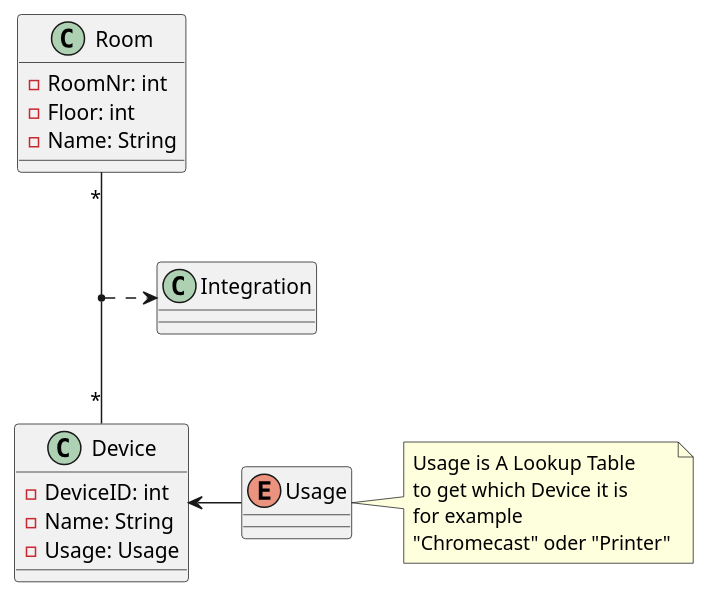
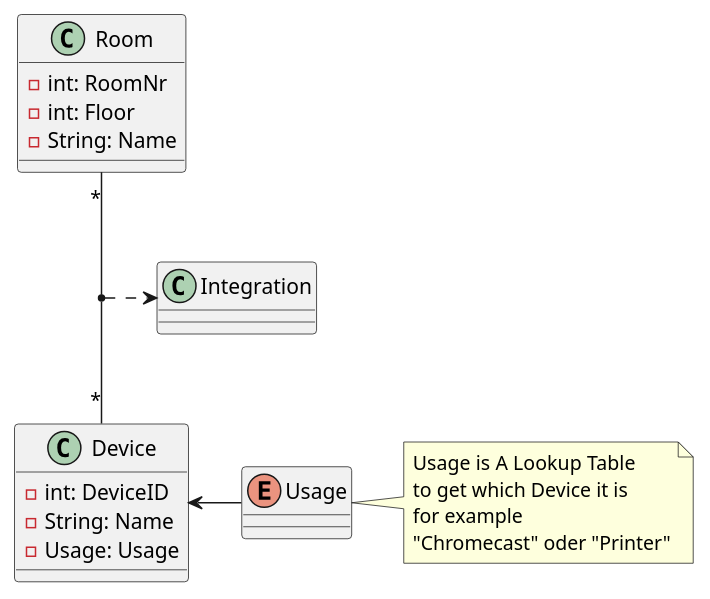
The diagram in asciidocs/plantuml/diagram.puml (2122-4ahif-nvs/01-microproject-NiklasNeudorfer), drawn with PlantUML before and after one commit. The commit also changed 9 other files, not shown here.

```diff
--- a/asciidocs/plantuml/diagram.puml
+++ b/asciidocs/plantuml/diagram.puml
@@ -1,34 +1,34 @@
 @startuml
 
 class Device{
-- DeviceID: int
-- Name: String
+- int: DeviceID
+- String: Name
 - Usage: Usage
 }
 
 
 
 enum Usage{
 
 }
 
 class Room{
-- RoomNr: int
-- Floor: int
-- Name: String
+- int: RoomNr
+- int: Floor
+- String: Name
 }
 
 Room "*"--"*" Device
 (Room, Device) ..> Integration
 
 Device <-r- Usage
 
 note as Note
     Usage is A Lookup Table
     to get which Device it is
     for example
     "Chromecast" oder "Printer"
 end note
 
 Note -l- Usage
 @enduml
```
